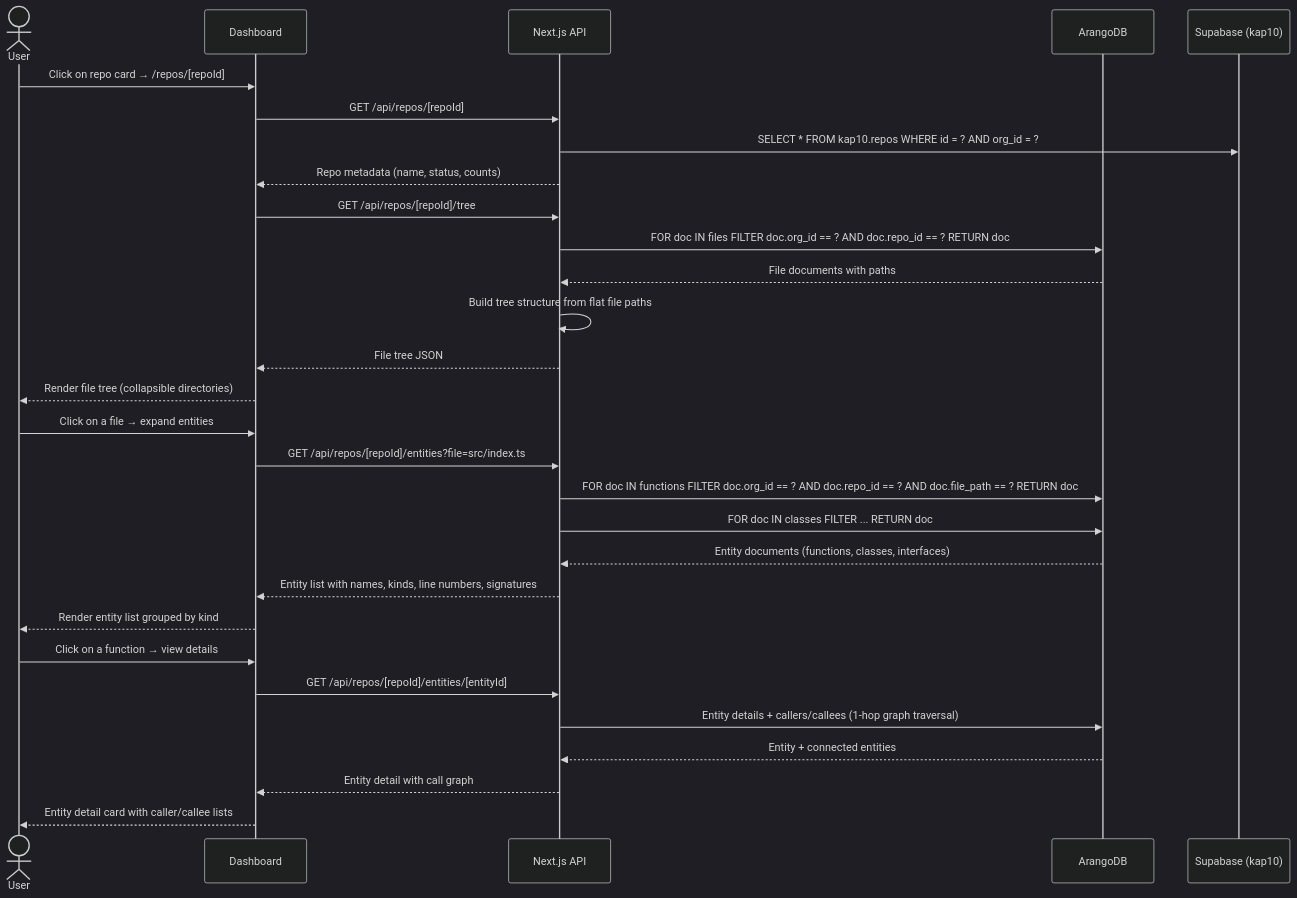
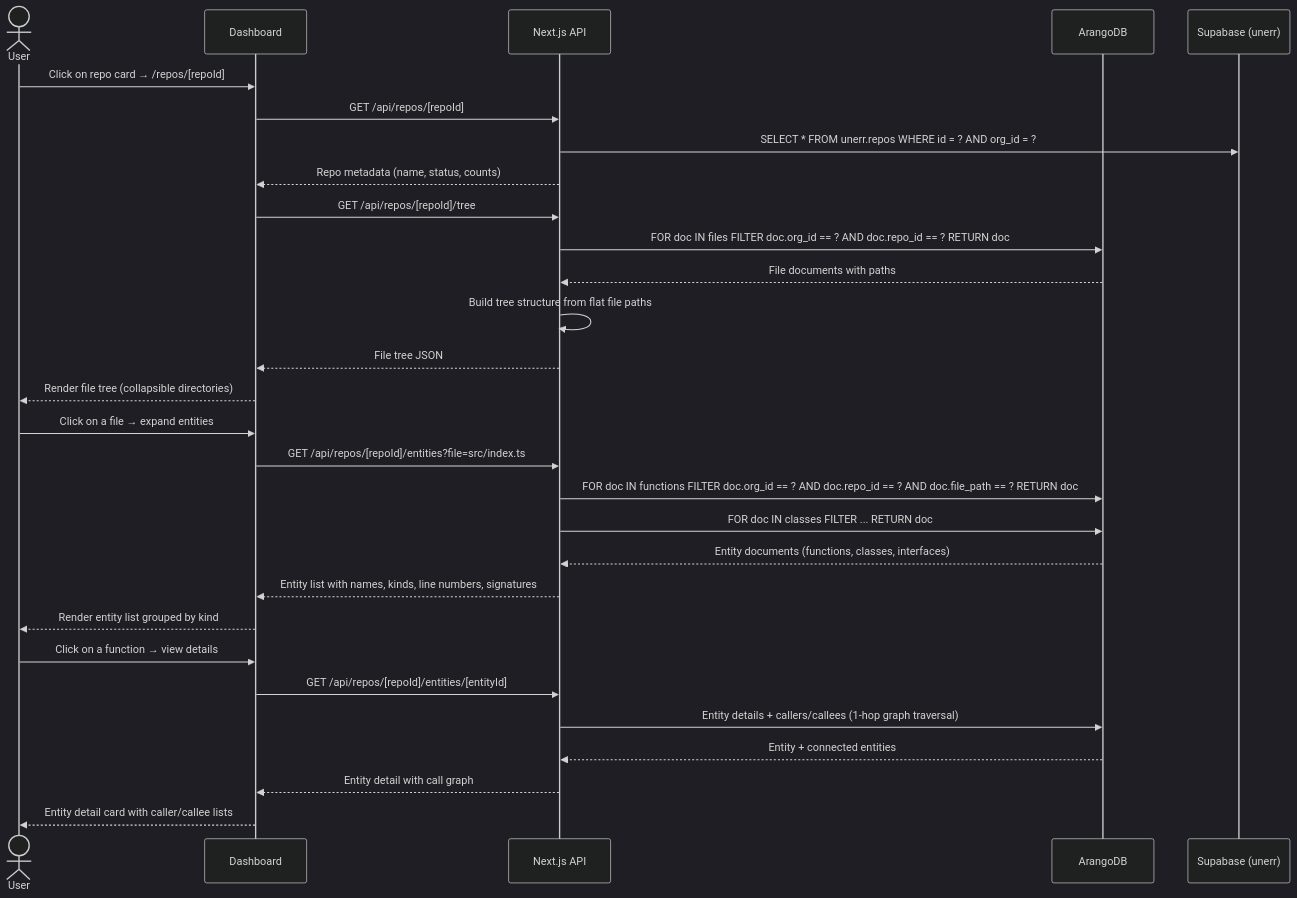
Before and after one commit to AutoRail-AI/kap10-server: the fifth of 5 diagrams in docs/architecture/PHASE_1_GITHUB_CONNECT_AND_INDEXING.md, drawn with Mermaid (dark theme). The commit also changed other lines of this file and 157 other files, not shown here.

````diff
--- a/docs/architecture/PHASE_1_GITHUB_CONNECT_AND_INDEXING.md
+++ b/docs/architecture/PHASE_1_GITHUB_CONNECT_AND_INDEXING.md
@@ -363,35 +363,35 @@
 ```mermaid
 sequenceDiagram
     actor User
     participant Dashboard
     participant NextAPI as Next.js API
     participant ArangoDB
-    participant Supabase as Supabase (kap10)
+    participant Supabase as Supabase (unerr)
 
     User->>Dashboard: Click on repo card → /repos/[repoId]
     Dashboard->>NextAPI: GET /api/repos/[repoId]
-    NextAPI->>Supabase: SELECT * FROM kap10.repos WHERE id = ? AND org_id = ?
+    NextAPI->>Supabase: SELECT * FROM unerr.repos WHERE id = ? AND org_id = ?
     NextAPI-->>Dashboard: Repo metadata (name, status, counts)
 
     Dashboard->>NextAPI: GET /api/repos/[repoId]/tree
     NextAPI->>ArangoDB: FOR doc IN files FILTER doc.org_id == ? AND doc.repo_id == ? RETURN doc
     ArangoDB-->>NextAPI: File documents with paths
     NextAPI->>NextAPI: Build tree structure from flat file paths
     NextAPI-->>Dashboard: File tree JSON
     Dashboard-->>User: Render file tree (collapsible directories)
 
     User->>Dashboard: Click on a file → expand entities
     Dashboard->>NextAPI: GET /api/repos/[repoId]/entities?file=src/index.ts
     NextAPI->>ArangoDB: FOR doc IN functions FILTER doc.org_id == ? AND doc.repo_id == ? AND doc.file_path == ? RETURN doc
     NextAPI->>ArangoDB: FOR doc IN classes FILTER ... RETURN doc
     ArangoDB-->>NextAPI: Entity documents (functions, classes, interfaces)
     NextAPI-->>Dashboard: Entity list with names, kinds, line numbers, signatures
     Dashboard-->>User: Render entity list grouped by kind
 
     User->>Dashboard: Click on a function → view details
     Dashboard->>NextAPI: GET /api/repos/[repoId]/entities/[entityId]
     NextAPI->>ArangoDB: Entity details + callers/callees (1-hop graph traversal)
     ArangoDB-->>NextAPI: Entity + connected entities
     NextAPI-->>Dashboard: Entity detail with call graph
     Dashboard-->>User: Entity detail card with caller/callee lists
 ```
````
